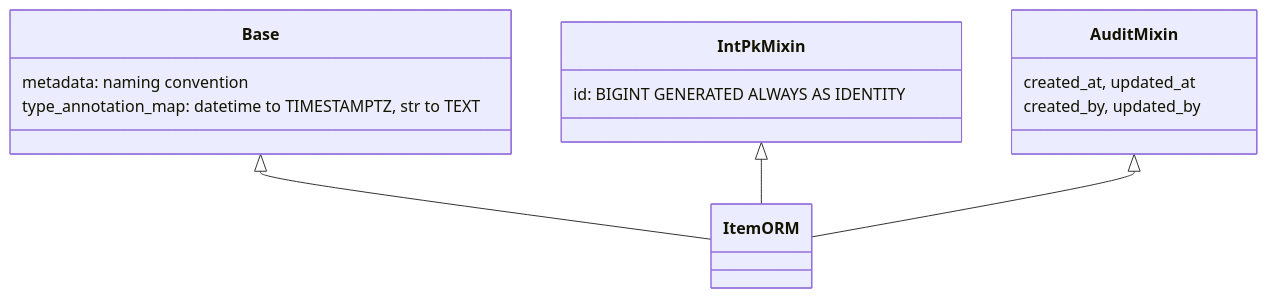
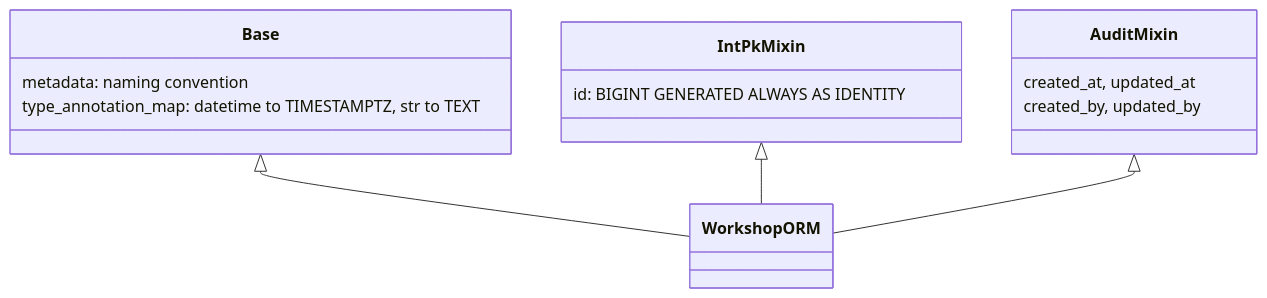
The diagram in docs/database.md (aJustDev/fastapi-boilerplate), drawn with Mermaid before and after one commit. The commit also changed other lines of this file and 24 other files, not shown here.

````diff
--- a/docs/database.md
+++ b/docs/database.md
@@ -50,17 +50,17 @@
 ```mermaid
 classDiagram
     class Base {
         metadata: naming convention
         type_annotation_map: datetime to TIMESTAMPTZ, str to TEXT
     }
     class IntPkMixin {
         id: BIGINT GENERATED ALWAYS AS IDENTITY
     }
     class AuditMixin {
         created_at, updated_at
         created_by, updated_by
     }
-    Base <|-- ItemORM
-    IntPkMixin <|-- ItemORM
-    AuditMixin <|-- ItemORM
+    Base <|-- WorkshopORM
+    IntPkMixin <|-- WorkshopORM
+    AuditMixin <|-- WorkshopORM
 ```
````
